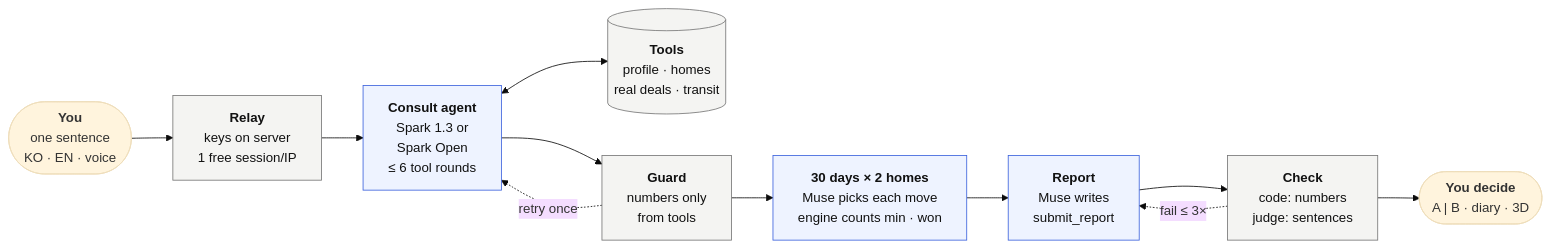
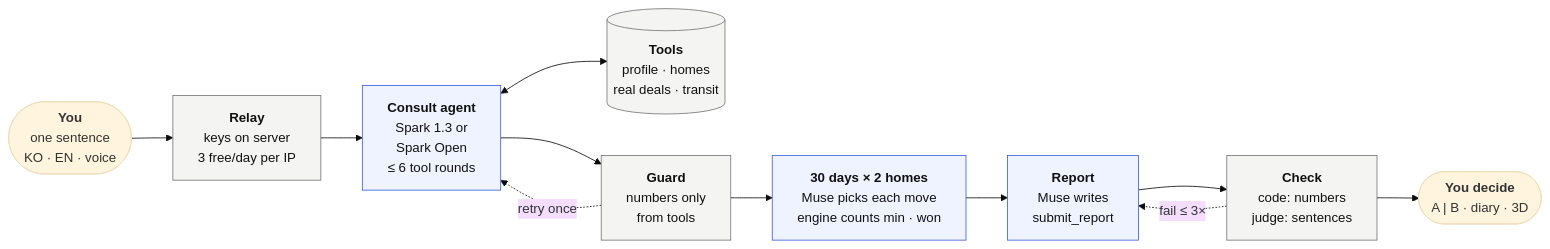
The diagram in docs/agent-workflow.mmd (halo-sw/ithaca), drawn with Mermaid (base theme) before and after one commit. The commit also changed 7 other files, not shown here.

Commit message:
45a: English for the 3-a-day strings; workflow diagram and README say 3 free a day per IP

```diff
--- a/docs/agent-workflow.mmd
+++ b/docs/agent-workflow.mmd
@@ -1,15 +1,15 @@
 flowchart LR
-  U(["<b>You</b><br/>one sentence<br/>KO · EN · voice"]) --> R["<b>Relay</b><br/>keys on server<br/>1 free session/IP"]
+  U(["<b>You</b><br/>one sentence<br/>KO · EN · voice"]) --> R["<b>Relay</b><br/>keys on server<br/>3 free/day per IP"]
   R --> A["<b>Consult agent</b><br/>Spark 1.3 or<br/>Spark Open<br/>≤ 6 tool rounds"]
   A <--> T[("<b>Tools</b><br/>profile · homes<br/>real deals · transit")]
   A --> G["<b>Guard</b><br/>numbers only<br/>from tools"]
   G -. "retry once" .-> A
   G --> L["<b>30 days × 2 homes</b><br/>Muse picks each move<br/>engine counts min · won"]
   L --> P["<b>Report</b><br/>Muse writes<br/>submit_report"]
   P --> C["<b>Check</b><br/>code: numbers<br/>judge: sentences"]
   C -. "fail ≤ 3×" .-> P
   C --> O(["<b>You decide</b><br/>A | B · diary · 3D"])
   classDef muse fill:#eef3ff,stroke:#3d63dd,color:#111;
   classDef code fill:#f4f4f2,stroke:#777,color:#111;
   class A,L,P muse
   class R,T,G,C code
```
